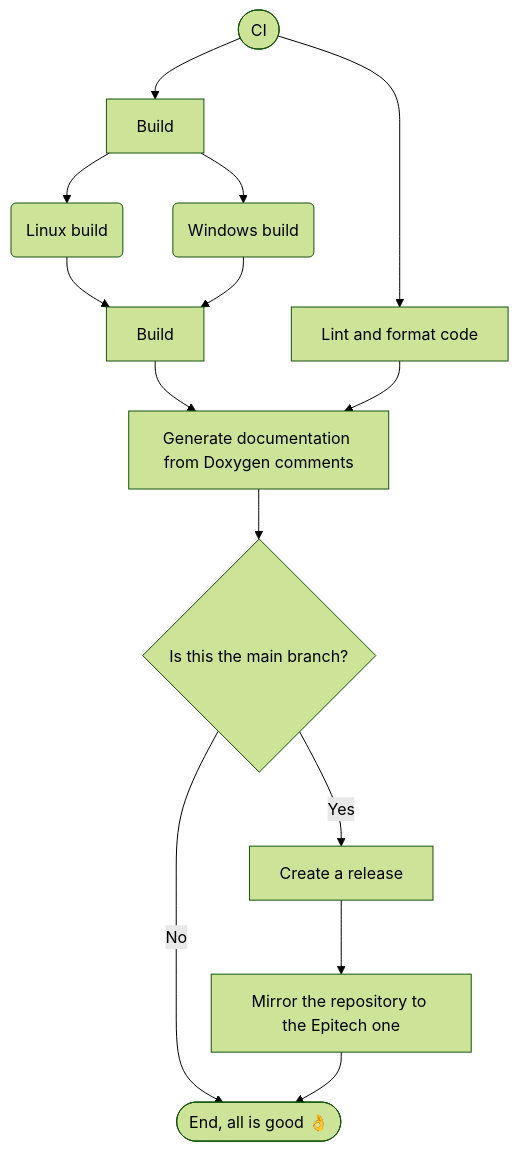
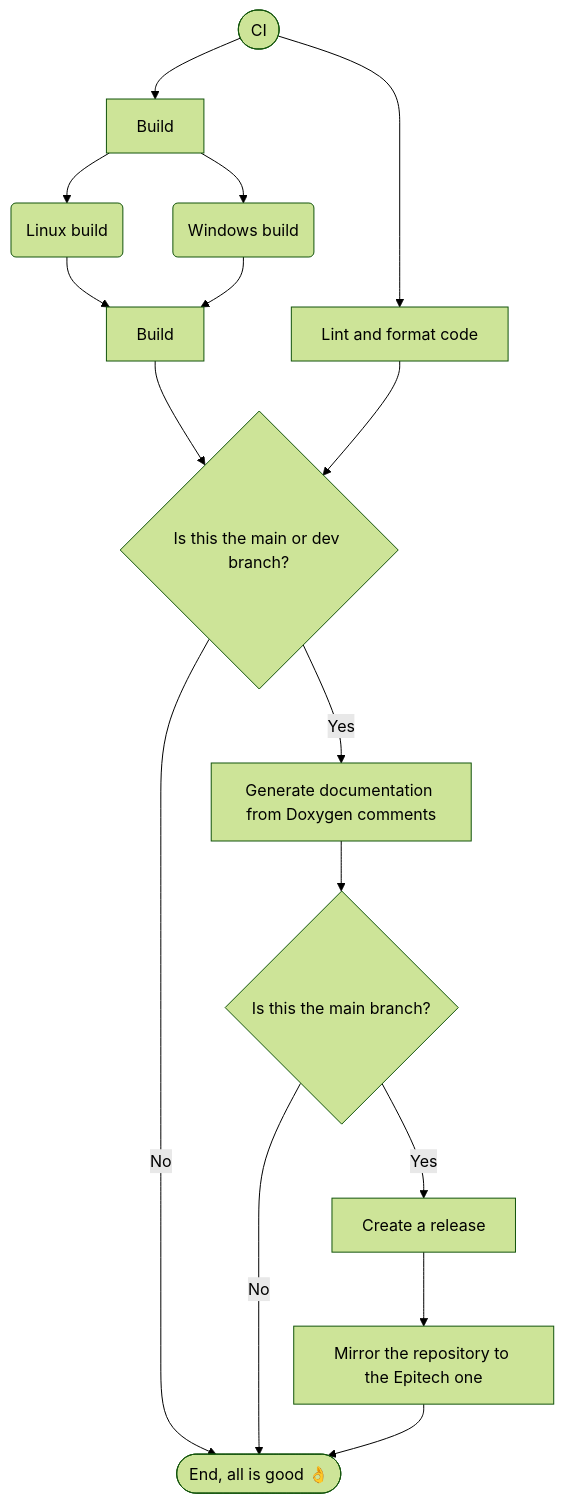
Before and after one commit to Z4RM/R-Type-CI: the diagram in .github/workflows/CI.md, drawn with Mermaid (forest theme).

Commit message:
docs(ci): update CI schema

````diff
--- a/.github/workflows/CI.md
+++ b/.github/workflows/CI.md
@@ -3,27 +3,30 @@
 ```mermaid
 flowchart
     CI([CI])
     Linux(Linux build)
     Windows(Windows build)
     BuildAfter[Build]
     Lint[Lint and format code]
     Doxygen[Generate documentation from Doxygen comments]
     IsMain{Is this the main branch?}
+    IsDev{Is this the main or dev branch?}
     Release[Create a release]
     Mirror[Mirror the repository to the Epitech one]
     End([End, all is good 👌])
 
     CI --> Build
     CI --> Lint
     Build --> Linux
     Build --> Windows
     Linux --> BuildAfter
     Windows --> BuildAfter
-    BuildAfter --> Doxygen
-    Lint --> Doxygen
+    BuildAfter --> IsDev
+    Lint --> IsDev
+    IsDev -->|Yes| Doxygen
+    IsDev -->|No| End
     Doxygen --> IsMain
     IsMain -->|Yes| Release
     IsMain -->|No| End
     Release --> Mirror
     Mirror --> End
 ```
````
